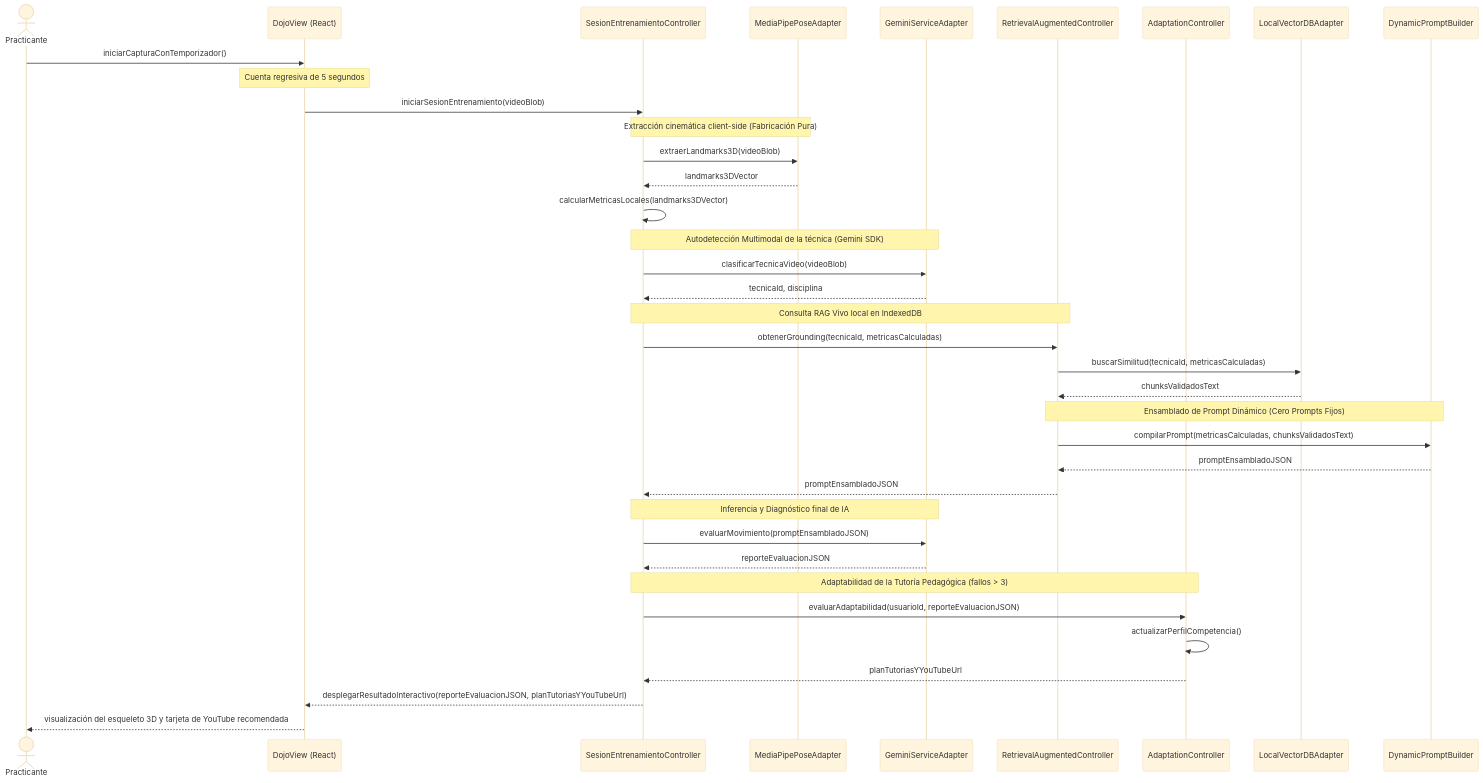
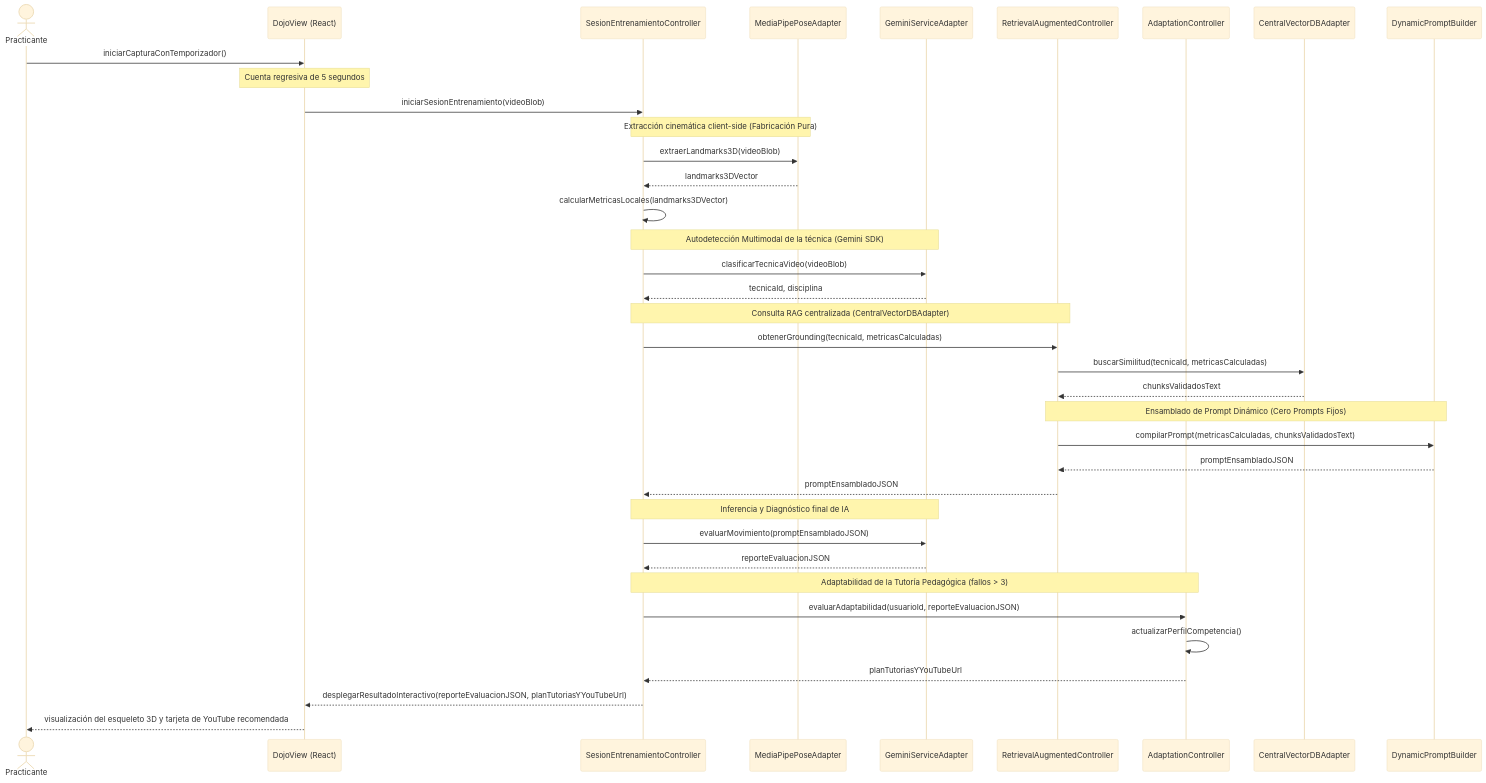
The eighth of 11 diagrams in README.md (Tsmrain/Documentacion), drawn with Mermaid (base theme) before and after one commit. The commit also changed other lines of this file, not shown here.

Commit message:
refactor: migrate system architecture from client-side local RAG and IndexedDB to a centralized server-based model

````diff
--- a/README.md
+++ b/README.md
@@ -1174,47 +1123,48 @@
 ```mermaid
 sequenceDiagram
     actor Practicante
     participant UI as DojoView (React)
     participant SEC as SesionEntrenamientoController
     participant MPA as MediaPipePoseAdapter
     participant GSA as GeminiServiceAdapter
     participant RAC as RetrievalAugmentedController
     participant ADC as AdaptationController
-    participant VDB as LocalVectorDBAdapter
+    participant VDB as CentralVectorDBAdapter
     participant TPB as DynamicPromptBuilder
     
     Practicante->>UI: iniciarCapturaConTemporizador()
     Note over UI: Cuenta regresiva de 5 segundos
     UI->>SEC: iniciarSesionEntrenamiento(videoBlob)
     
     Note over SEC,MPA: Extracción cinemática client-side (Fabricación Pura)
     SEC->>MPA: extraerLandmarks3D(videoBlob)
     MPA-->>SEC: landmarks3DVector
     SEC->>SEC: calcularMetricasLocales(landmarks3DVector)
     
     Note over SEC,GSA: Autodetección Multimodal de la técnica (Gemini SDK)
     SEC->>GSA: clasificarTecnicaVideo(videoBlob)
     GSA-->>SEC: tecnicaId, disciplina
     
-    Note over SEC,RAC: Consulta RAG Vivo local en IndexedDB
+    Note over SEC,RAC: Consulta RAG centralizada (CentralVectorDBAdapter)
     SEC->>RAC: obtenerGrounding(tecnicaId, metricasCalculadas)
     RAC->>VDB: buscarSimilitud(tecnicaId, metricasCalculadas)
     VDB-->>RAC: chunksValidadosText
+
     
     Note over RAC,TPB: Ensamblado de Prompt Dinámico (Cero Prompts Fijos)
     RAC->>TPB: compilarPrompt(metricasCalculadas, chunksValidadosText)
     TPB-->>RAC: promptEnsambladoJSON
     RAC-->>SEC: promptEnsambladoJSON
     
     Note over SEC,GSA: Inferencia y Diagnóstico final de IA
     SEC->>GSA: evaluarMovimiento(promptEnsambladoJSON)
     GSA-->>SEC: reporteEvaluacionJSON
     
     Note over SEC,ADC: Adaptabilidad de la Tutoría Pedagógica (fallos > 3)
     SEC->>ADC: evaluarAdaptabilidad(usuarioId, reporteEvaluacionJSON)
     ADC->>ADC: actualizarPerfilCompetencia()
     ADC-->>SEC: planTutoriasYYouTubeUrl
     
     SEC-->>UI: desplegarResultadoInteractivo(reporteEvaluacionJSON, planTutoriasYYouTubeUrl)
     UI-->>Practicante: visualización del esqueleto 3D y tarjeta de YouTube recomendada
 ```
````
